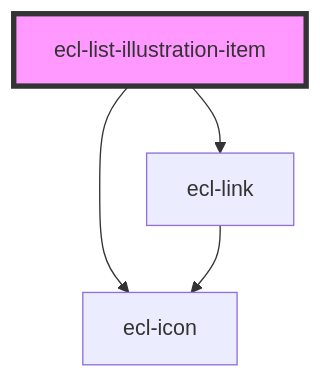
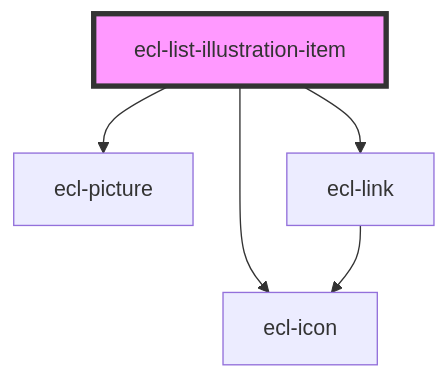
Before and after one commit to ec-europa/ecl-webcomponents: the diagram in src/components/ecl-list-illustration/readme.md, drawn with Mermaid. The commit also changed other lines of this file and 9 other files, not shown here.

Commit message:
chore(webcomponents): Aligning list with illustration to 3.8.2

````diff
--- a/src/components/ecl-list-illustration/readme.md
+++ b/src/components/ecl-list-illustration/readme.md
@@ -30,7 +33,8 @@
 ```mermaid
 graph TD;
+  ecl-list-illustration-item --> ecl-picture
   ecl-list-illustration-item --> ecl-icon
   ecl-list-illustration-item --> ecl-link
   ecl-link --> ecl-icon
   style ecl-list-illustration-item fill:#f9f,stroke:#333,stroke-width:4px
 ```
````
